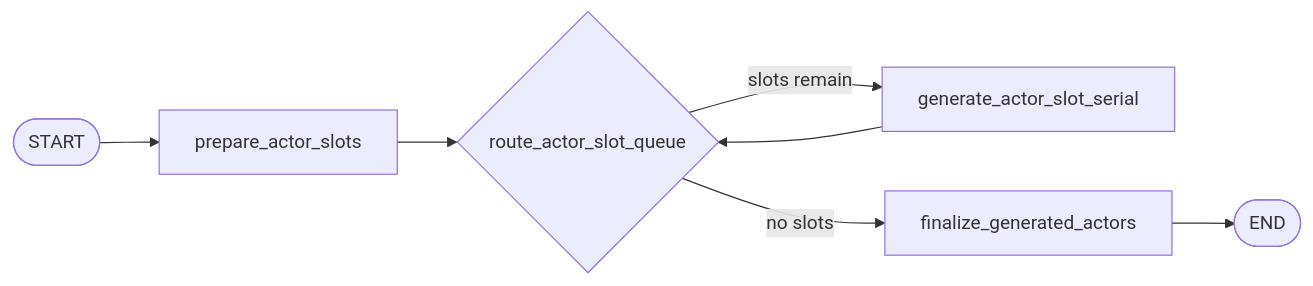
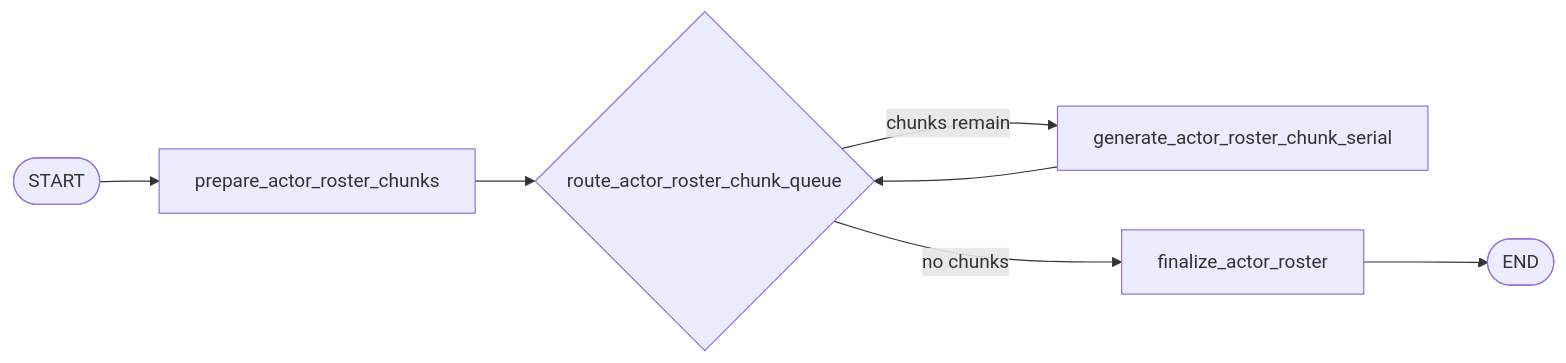
Before and after one commit to keonho-kim/simula: the diagram in docs/workflows/generation.md, drawn with Mermaid. The commit also changed other lines of this file and 204 other files, not shown here.

````diff
--- a/docs/workflows/generation.md
+++ b/docs/workflows/generation.md
@@ -7,9 +7,9 @@
 ```mermaid
 flowchart LR
-    Start([START]) --> Prepare["prepare_actor_slots"]
-    Prepare --> Route{"route_actor_slot_queue"}
-    Route -->|slots remain| Worker["generate_actor_slot_serial"]
-    Route -->|no slots| Finalize["finalize_generated_actors"]
+    Start([START]) --> Prepare["prepare_actor_roster_chunks"]
+    Prepare --> Route{"route_actor_roster_chunk_queue"}
+    Route -->|chunks remain| Worker["generate_actor_roster_chunk_serial"]
+    Route -->|no chunks| Finalize["finalize_actor_roster"]
     Worker --> Route
     Finalize --> End([END])
 ```
````
